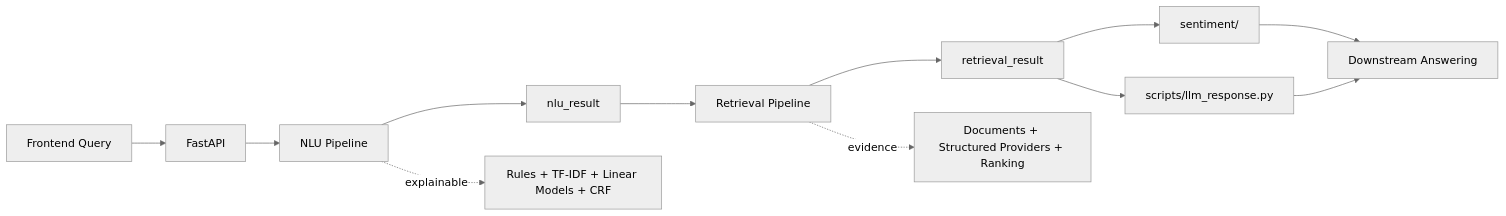
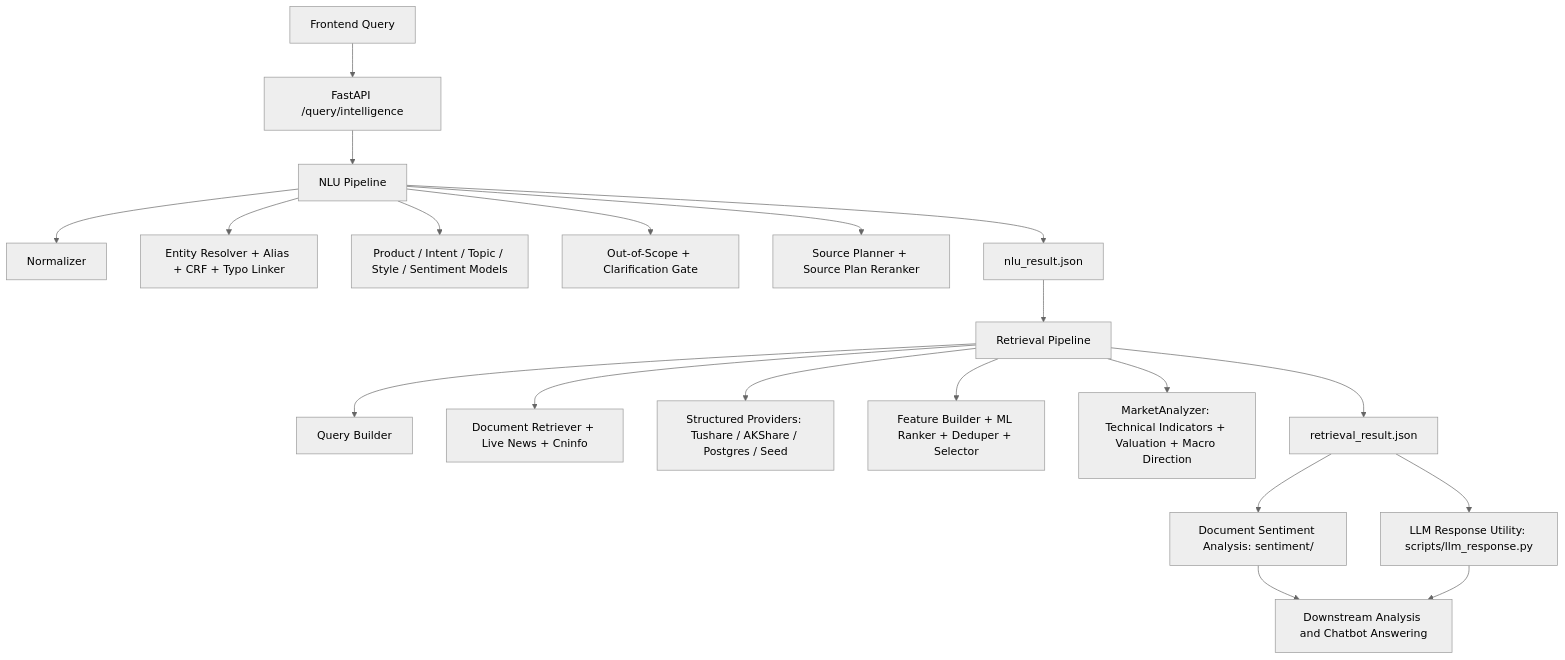
Before and after one commit to OldLigant/ARIN7102: the first of 2 diagrams in README.md, drawn with Mermaid (neutral theme). The commit also changed other lines of this file and 15 other files, not shown here.

````diff
--- a/README.md
+++ b/README.md
@@ -20,15 +399,22 @@
 ```mermaid
-flowchart LR
-  A["Frontend Query"] --> B["FastAPI"]
+flowchart TD
+  A["Frontend Query"] --> B["FastAPI /query/intelligence"]
   B --> C["NLU Pipeline"]
-  C --> D["nlu_result"]
+  C --> C1["Normalizer"]
+  C --> C2["Entity Resolver + Alias + CRF + Typo Linker"]
+  C --> C3["Product / Intent / Topic / Style / Sentiment Models"]
+  C --> C4["Out-of-Scope + Clarification Gate"]
+  C --> C5["Source Planner + Source Plan Reranker"]
+  C --> D["nlu_result.json"]
   D --> E["Retrieval Pipeline"]
-  E --> F["retrieval_result"]
-  F --> G["sentiment/"]
-  F --> H["scripts/llm_response.py"]
-  G --> I["Downstream Answering"]
+  E --> E1["Query Builder"]
+  E --> E2["Document Retriever + Live News + Cninfo"]
+  E --> E3["Structured Providers: Tushare / AKShare / Postgres / Seed"]
+  E --> E4["Feature Builder + ML Ranker + Deduper + Selector"]
+  E --> E5["MarketAnalyzer: Technical Indicators + Valuation + Macro Direction"]
+  E --> F["retrieval_result.json"]
+  F --> G["Document Sentiment Analysis: sentiment/"]
+  F --> H["LLM Response Utility: scripts/llm_response.py"]
+  G --> I["Downstream Analysis and Chatbot Answering"]
   H --> I
-
-  C -. explainable .-> C1["Rules + TF-IDF + Linear Models + CRF"]
-  E -. evidence .-> E1["Documents + Structured Providers + Ranking"]
 ```
````
